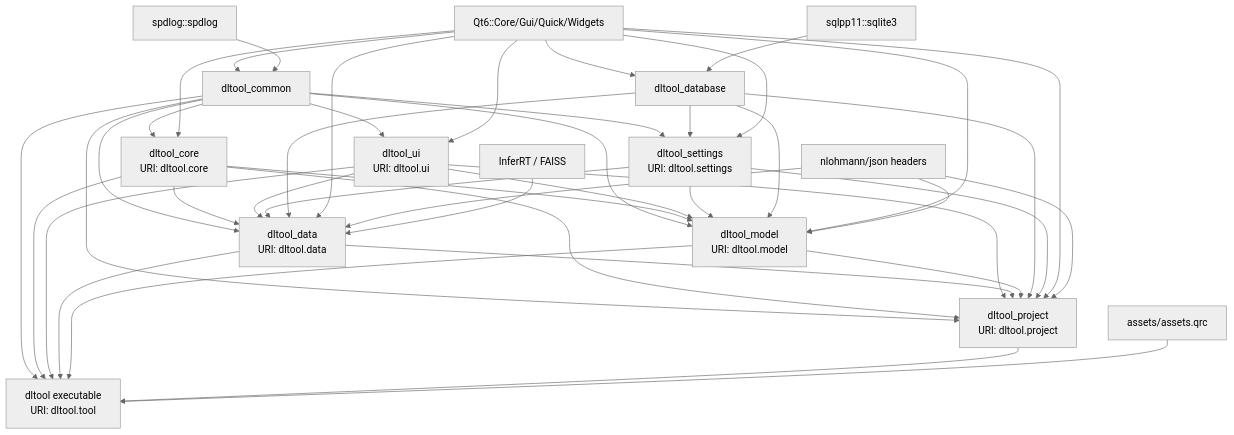
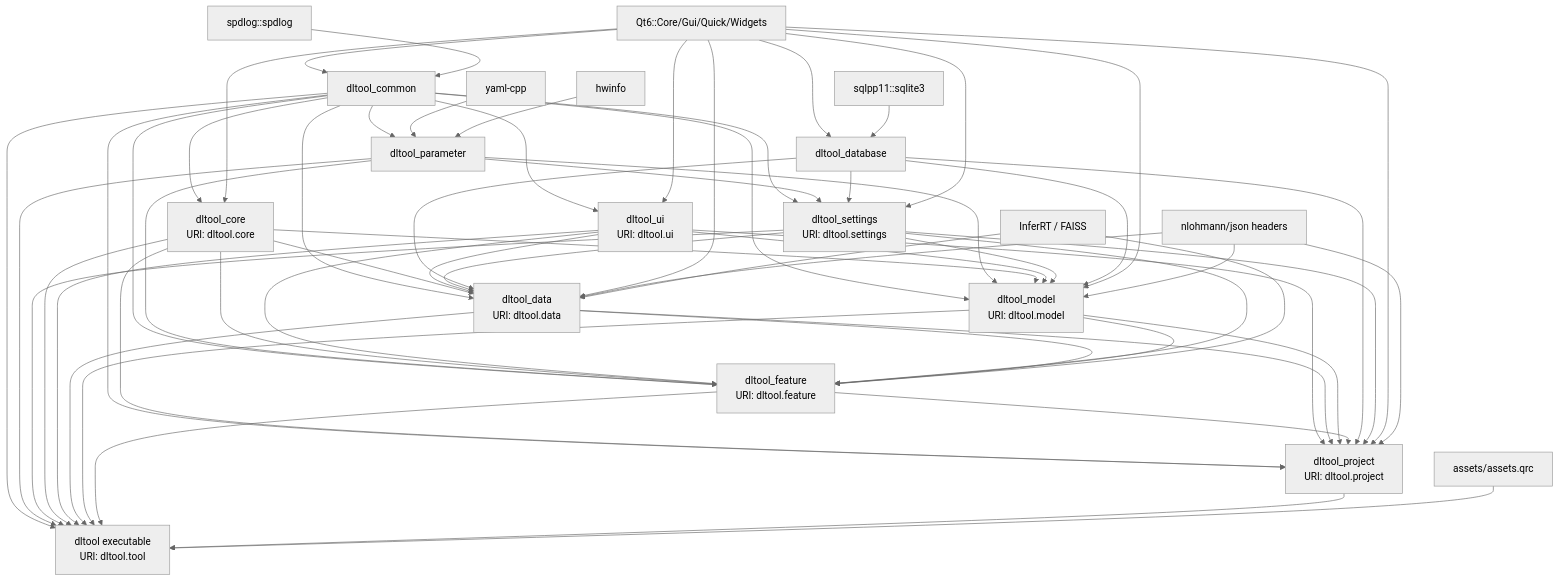
One commit to QWERDF007/DeepLearningTool changed the first of 2 diagrams in docs/ARCHITECTURE.md. Above: the diagram before and after it, drawn with Mermaid (neutral theme). The commit also changed other lines of this file and 32 other files, not shown here.

````diff
--- a/docs/ARCHITECTURE.md
+++ b/docs/ARCHITECTURE.md
@@ -30,17 +31,21 @@
 flowchart TB
   qt["Qt6::Core/Gui/Quick/Widgets"]
   spdlog["spdlog::spdlog"]
+  yaml["yaml-cpp"]
+  hwinfo["hwinfo"]
   sqlpp["sqlpp11::sqlite3"]
   nlohmann["nlohmann/json headers"]
   inferrt["InferRT / FAISS"]
   assets["assets/assets.qrc"]
 
   common["dltool_common"]
+  parameter["dltool_parameter"]
   core["dltool_core\nURI: dltool.core"]
   database["dltool_database"]
   settings["dltool_settings\nURI: dltool.settings"]
   ui["dltool_ui\nURI: dltool.ui"]
   model["dltool_model\nURI: dltool.model"]
+  feature["dltool_feature\nURI: dltool.feature"]
   data["dltool_data\nURI: dltool.data"]
   project["dltool_project\nURI: dltool.project"]
   tool["dltool executable\nURI: dltool.tool"]
@@ -51,10 +56,15 @@
   common --> core
   qt --> core
 
+  common --> parameter
+  yaml --> parameter
+  hwinfo --> parameter
+
   qt --> database
   sqlpp --> database
 
   common --> settings
+  parameter --> settings
   database --> settings
   qt --> settings
 
@@ -62,12 +72,22 @@
   qt --> ui
 
   common --> model
+  parameter --> model
   core --> model
   ui --> model
   settings --> model
   database --> model
   qt --> model
   nlohmann --> model
+
+  common --> feature
+  parameter --> feature
+  core --> feature
+  ui --> feature
+  settings --> feature
+  model --> feature
+  data --> feature
+  inferrt --> feature
 
   common --> data
   core --> data
@@ -83,16 +103,20 @@
   ui --> project
   data --> project
   model --> project
+  feature --> project
   database --> project
   settings --> project
   qt --> project
   nlohmann --> project
 
   common --> tool
+  parameter --> tool
+  settings --> tool
   core --> tool
   ui --> tool
   data --> tool
   model --> tool
+  feature --> tool
   project --> tool
   assets --> tool
 ```
````
